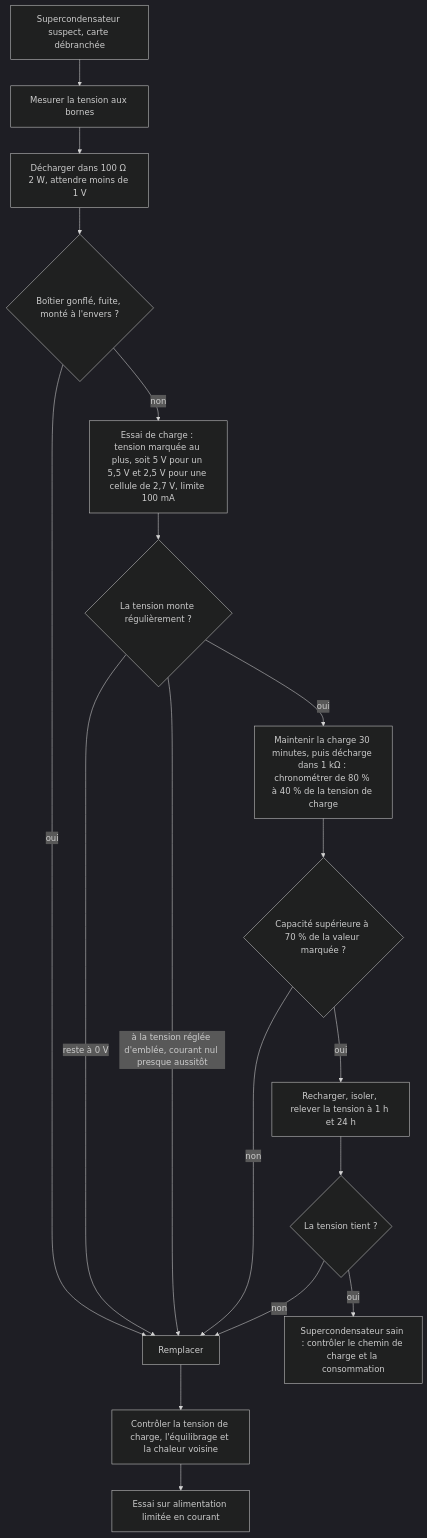
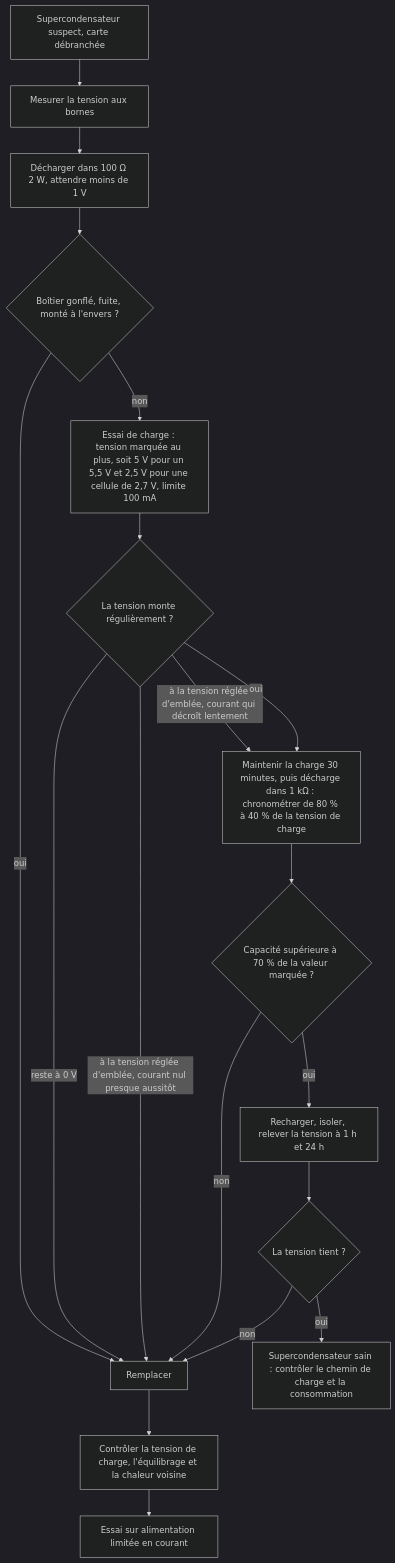
Before and after one commit to benoit-bremaud/ohm-sweet-ohm: the diagram in troubleshooting/24_supercondensateur/README.md, drawn with Mermaid (dark theme). The commit also changed other lines of this file and 6 other files, not shown here.

````diff
--- a/troubleshooting/24_supercondensateur/README.md
+++ b/troubleshooting/24_supercondensateur/README.md
@@ -166,20 +166,21 @@
 ```mermaid
 flowchart TD
   A[Supercondensateur suspect, carte débranchée] --> B[Mesurer la tension aux bornes]
   B --> C[Décharger dans 100 Ω 2 W, attendre moins de 1 V]
   C --> D{Boîtier gonflé, fuite, monté à l'envers ?}
   D -- oui --> R[Remplacer]
   D -- non --> E[Essai de charge : tension marquée au plus, soit 5 V pour un 5,5 V et 2,5 V pour une cellule de 2,7 V, limite 100 mA]
   E --> F{La tension monte régulièrement ?}
   F -- reste à 0 V --> R
   F -- à la tension réglée d'emblée, courant nul presque aussitôt --> R
+  F -- à la tension réglée d'emblée, courant qui décroît lentement --> G
   F -- oui --> G[Maintenir la charge 30 minutes, puis décharge dans 1 kΩ : chronométrer de 80 % à 40 % de la tension de charge]
   G --> H{Capacité supérieure à 70 % de la valeur marquée ?}
   H -- non --> R
   H -- oui --> I[Recharger, isoler, relever la tension à 1 h et 24 h]
   I --> J{La tension tient ?}
   J -- non --> R
   J -- oui --> K[Supercondensateur sain : contrôler le chemin de charge et la consommation]
   R --> L[Contrôler la tension de charge, l'équilibrage et la chaleur voisine]
   L --> M[Essai sur alimentation limitée en courant]
 ```
````
